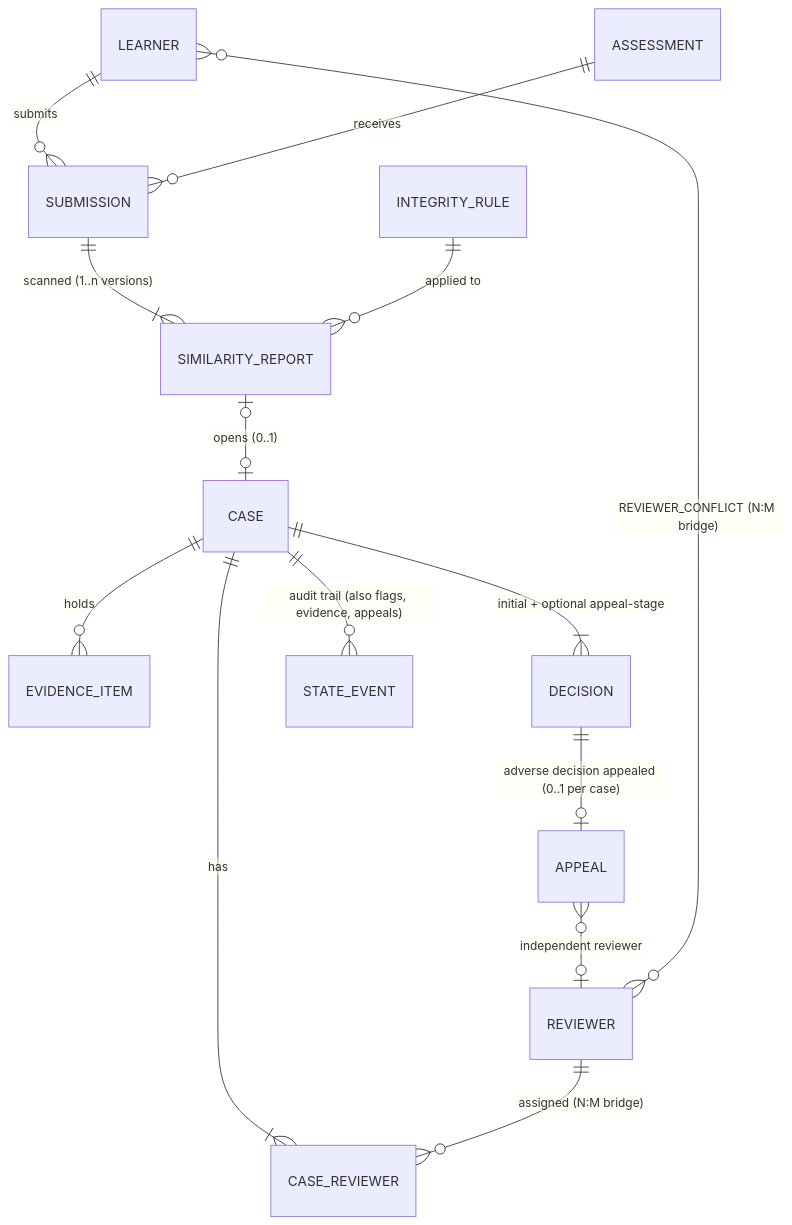
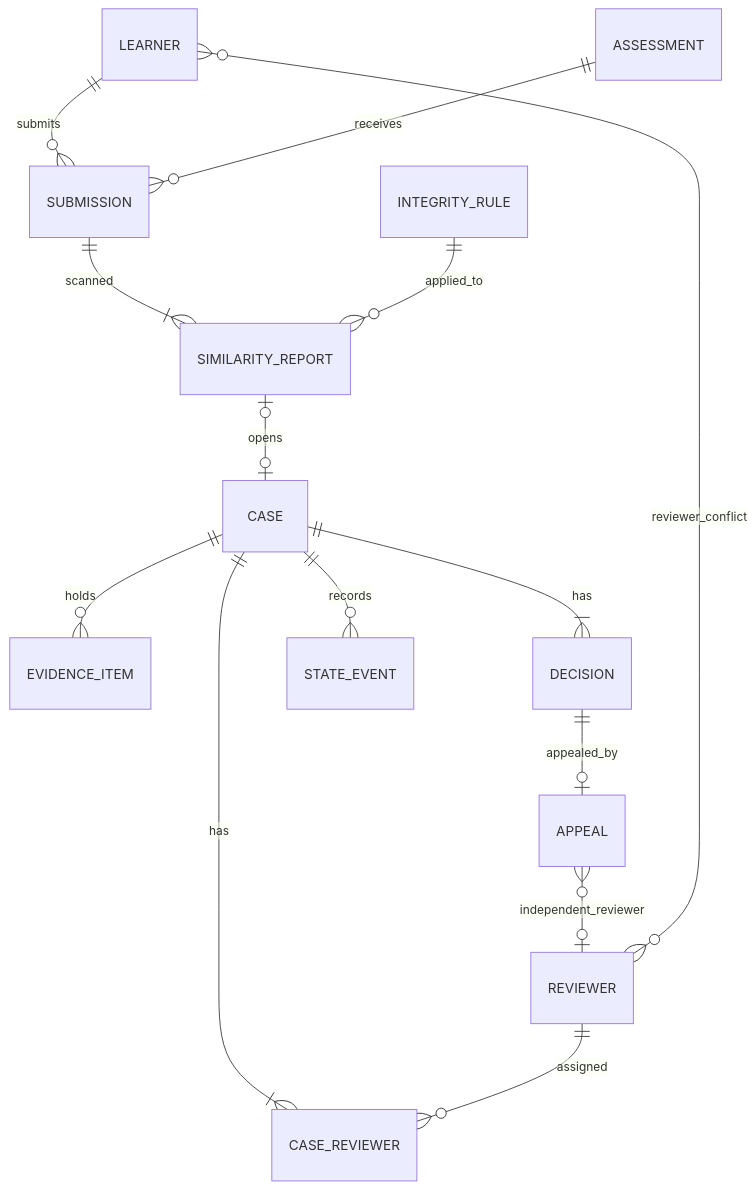
The diagram in README.md (mikasa-tech/academic-integrity-case-generator), drawn with Mermaid before and after one commit. The commit also changed other lines of this file, not shown here.

````diff
--- a/README.md
+++ b/README.md
@@ -54,16 +94,16 @@
 ```mermaid
 erDiagram
-  LEARNER ||--o{ SUBMISSION : submits
-  ASSESSMENT ||--o{ SUBMISSION : receives
-  SUBMISSION ||--|{ SIMILARITY_REPORT : "scanned (1..n versions)"
-  INTEGRITY_RULE ||--o{ SIMILARITY_REPORT : "applied to"
-  SIMILARITY_REPORT |o--o| CASE : "opens (0..1)"
-  CASE ||--|{ CASE_REVIEWER : has
-  REVIEWER ||--o{ CASE_REVIEWER : "assigned (N:M bridge)"
-  REVIEWER }o--o{ LEARNER : "REVIEWER_CONFLICT (N:M bridge)"
-  CASE ||--o{ EVIDENCE_ITEM : holds
-  CASE ||--|{ DECISION : "initial + optional appeal-stage"
-  DECISION ||--o| APPEAL : "adverse decision appealed (0..1 per case)"
-  APPEAL }o--o| REVIEWER : "independent reviewer"
-  CASE ||--o{ STATE_EVENT : "audit trail (also flags, evidence, appeals)"
+    LEARNER ||--o{ SUBMISSION : submits
+    ASSESSMENT ||--o{ SUBMISSION : receives
+    SUBMISSION ||--|{ SIMILARITY_REPORT : scanned
+    INTEGRITY_RULE ||--o{ SIMILARITY_REPORT : applied_to
+    SIMILARITY_REPORT |o--o| CASE : opens
+    CASE ||--|{ CASE_REVIEWER : has
+    REVIEWER ||--o{ CASE_REVIEWER : assigned
+    REVIEWER }o--o{ LEARNER : reviewer_conflict
+    CASE ||--o{ EVIDENCE_ITEM : holds
+    CASE ||--|{ DECISION : has
+    DECISION ||--o| APPEAL : appealed_by
+    APPEAL }o--o| REVIEWER : independent_reviewer
+    CASE ||--o{ STATE_EVENT : records
 ```
````
